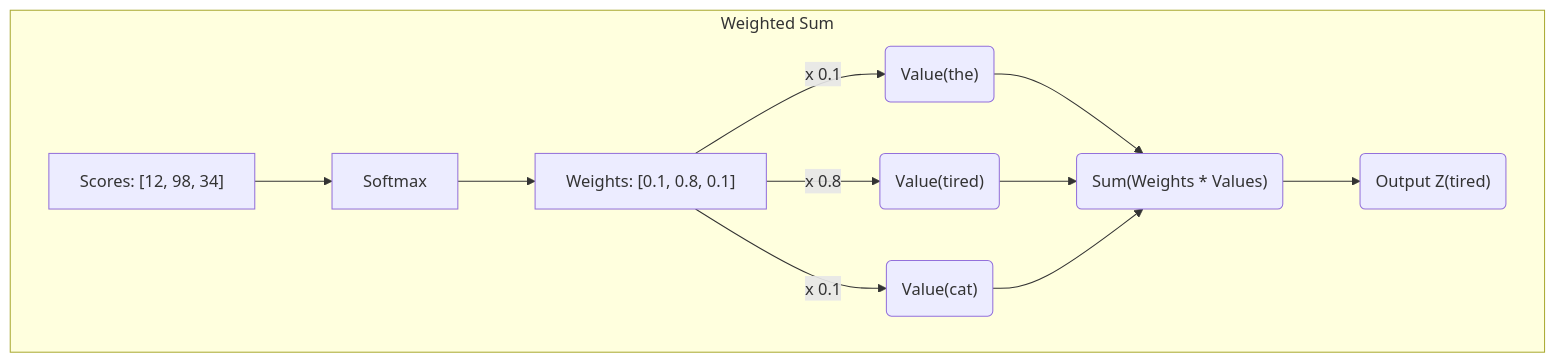
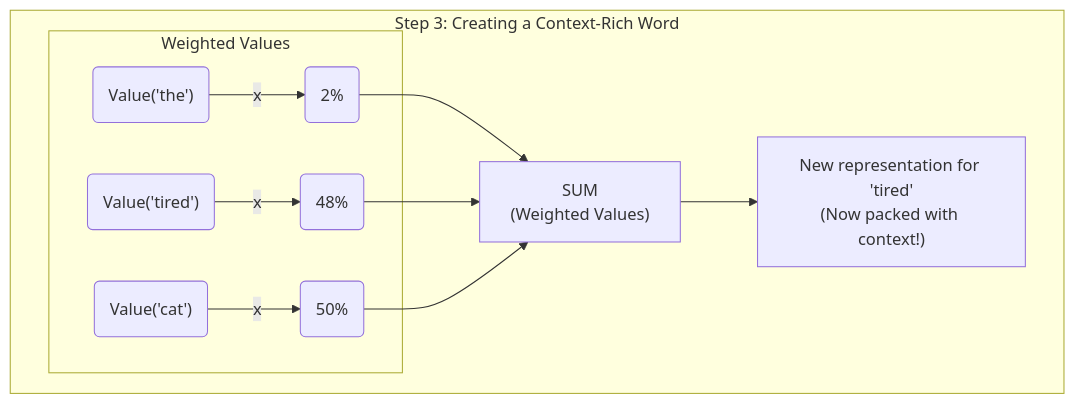
The sixth of 6 diagrams in content/blog/ai-deep-dive.md (isaaclins/isaaclins.github.io), drawn with Mermaid before and after one commit. The commit also changed other lines of this file, not shown here.

````diff
--- a/content/blog/ai-deep-dive.md
+++ b/content/blog/ai-deep-dive.md
@@ -252,22 +232,28 @@
 ```mermaid
+graph TD
+    subgraph "Step 3: Creating a Context-Rich Word"
+        direction LR
+        subgraph "Weighted Values"
+            V_the("Value('the')")
+            V_tired("Value('tired')")
+            V_cat("Value('cat')")
 
-graph TD
-    subgraph Weighted Sum
-        Scores["Scores: [12, 98, 34]"]
-        Softmax[Softmax]
-        Weights["Weights: [0.1, 0.8, 0.1]"]
+            W_the("2%")
+            W_tired("48%")
+            W_cat("50%")
+        end
 
-        V_the("Value(the)")
-        V_tired("Value(tired)")
-        V_cat("Value(cat)")
+        Sum["SUM<br/>(Weighted Values)"]
+        Z_tired["New representation for 'tired'<br/>(Now packed with context!)"]
 
-        Sum("Sum(Weights * Values)")
-        Z_tired("Output Z(tired)")
+        V_the -- "x" --> W_the
+        V_tired -- "x" --> W_tired
+        V_cat -- "x" --> W_cat
 
-        Scores --> Softmax --> Weights
-        Weights -- "x 0.1" --> V_the --> Sum
-        Weights -- "x 0.8" --> V_tired --> Sum
-        Weights -- "x 0.1" --> V_cat --> Sum
+        W_the --> Sum
+        W_tired --> Sum
+        W_cat --> Sum
+
         Sum --> Z_tired
     end
 ```
````
